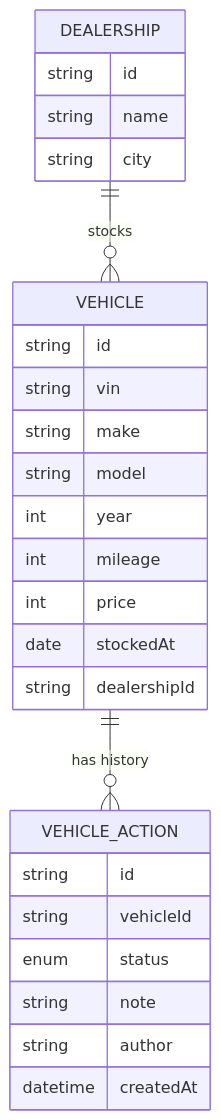
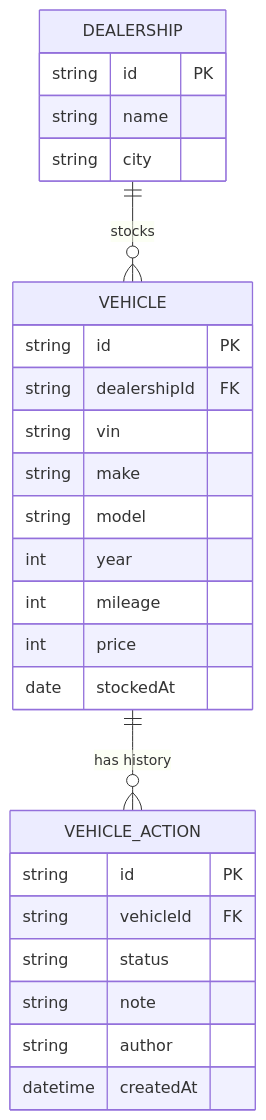
The second of 3 diagrams in docs/SYSTEM_DESIGN.md (Khan-lee/keyloop-inventory-dashboard), drawn with Mermaid before and after one commit. The commit also changed other lines of this file and 2 other files, not shown here.

````diff
--- a/docs/SYSTEM_DESIGN.md
+++ b/docs/SYSTEM_DESIGN.md
@@ -62,8 +62,29 @@
 ```mermaid
 erDiagram
   DEALERSHIP ||--o{ VEHICLE : stocks
   VEHICLE ||--o{ VEHICLE_ACTION : "has history"
-  DEALERSHIP { string id string name string city }
-  VEHICLE { string id string vin string make string model int year int mileage int price date stockedAt string dealershipId }
-  VEHICLE_ACTION { string id string vehicleId enum status string note string author datetime createdAt }
+  DEALERSHIP {
+    string id PK
+    string name
+    string city
+  }
+  VEHICLE {
+    string id PK
+    string dealershipId FK
+    string vin
+    string make
+    string model
+    int year
+    int mileage
+    int price
+    date stockedAt
+  }
+  VEHICLE_ACTION {
+    string id PK
+    string vehicleId FK
+    string status
+    string note
+    string author
+    datetime createdAt
+  }
 ```
````
